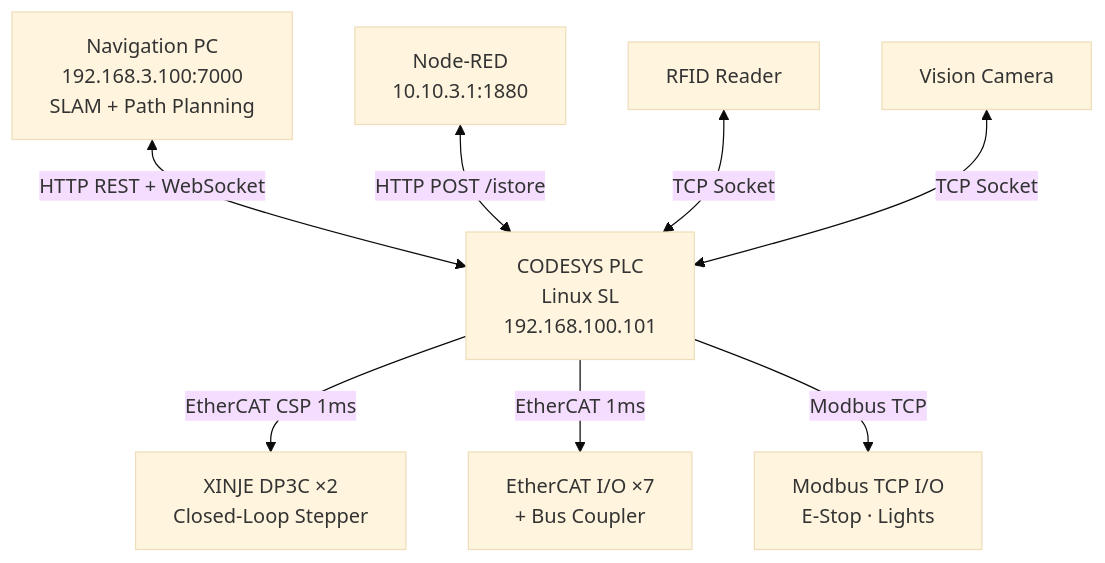
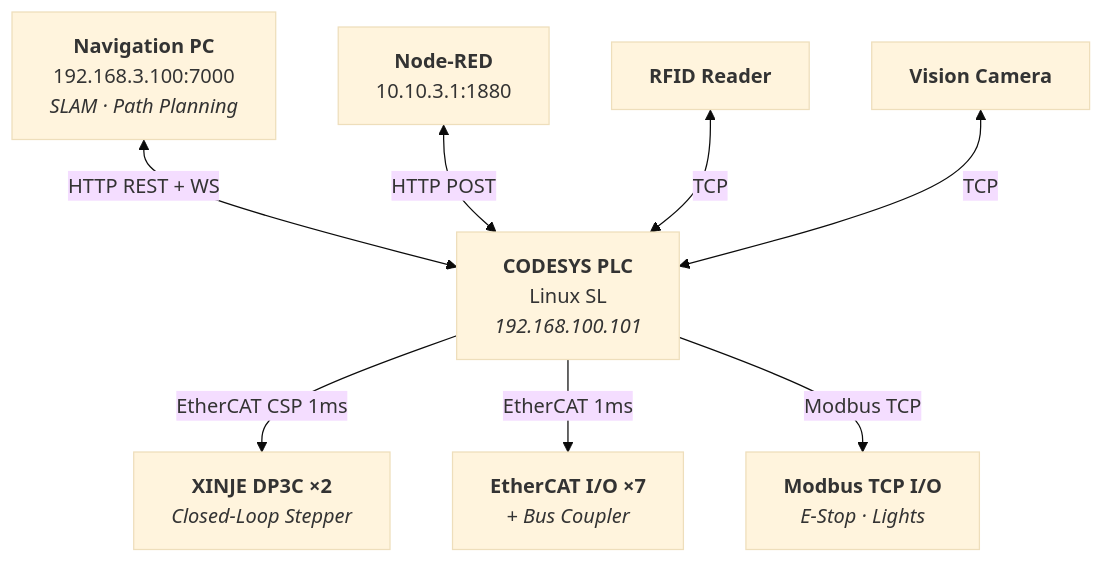
One commit to Rongxuan-Zhou/library-inventory-agv changed the first of 2 diagrams in README.md. Above: the diagram before and after it, drawn with Mermaid (base theme). The commit also changed other lines of this file, not shown here.

````diff
--- a/README.md
+++ b/README.md
@@ -34,19 +70,19 @@
 ```mermaid
 flowchart TB
-    NAV["Navigation PC\n192.168.3.100:7000\nSLAM + Path Planning"]
-    PLC["CODESYS PLC\nLinux SL\n192.168.100.101"]
-    NR["Node-RED\n10.10.3.1:1880"]
-    RFID["RFID Reader"]
-    VIS["Vision Camera"]
-    DRV["XINJE DP3C ×2\nClosed-Loop Stepper"]
-    IO["EtherCAT I/O ×7\n+ Bus Coupler"]
-    MB["Modbus TCP I/O\nE-Stop · Lights"]
+    NAV["<b>Navigation PC</b><br/>192.168.3.100:7000<br/><i>SLAM · Path Planning</i>"]
+    PLC["<b>CODESYS PLC</b><br/>Linux SL<br/><i>192.168.100.101</i>"]
+    NR["<b>Node-RED</b><br/>10.10.3.1:1880"]
+    RFID["<b>RFID Reader</b>"]
+    VIS["<b>Vision Camera</b>"]
+    DRV["<b>XINJE DP3C ×2</b><br/><i>Closed-Loop Stepper</i>"]
+    IO["<b>EtherCAT I/O ×7</b><br/><i>+ Bus Coupler</i>"]
+    MB["<b>Modbus TCP I/O</b><br/><i>E-Stop · Lights</i>"]
 
-    NAV <-- "HTTP REST + WebSocket" --> PLC
-    NR <-- "HTTP POST /istore" --> PLC
-    RFID <-- "TCP Socket" --> PLC
-    VIS <-- "TCP Socket" --> PLC
+    NAV <-- "HTTP REST + WS" --> PLC
+    NR <-- "HTTP POST" --> PLC
+    RFID <-- "TCP" --> PLC
+    VIS <-- "TCP" --> PLC
     PLC -- "EtherCAT CSP 1ms" --> DRV
     PLC -- "EtherCAT 1ms" --> IO
     PLC -- "Modbus TCP" --> MB
 ```
````
